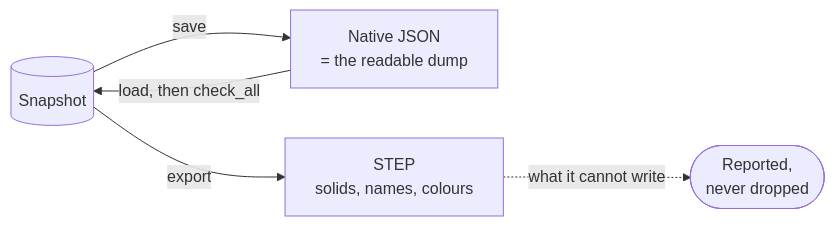
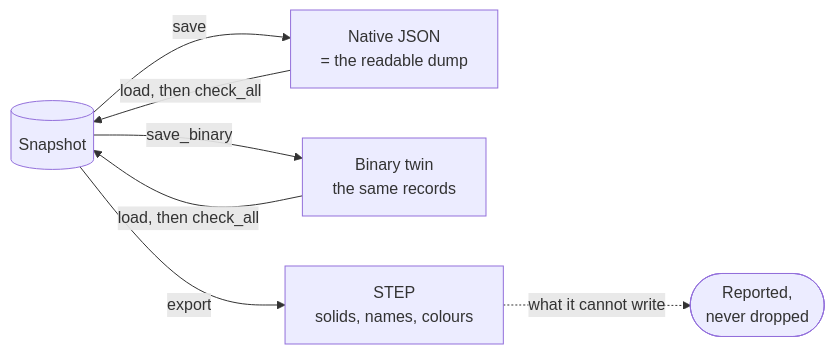
One commit to Dzoay/occam changed the diagram in docs/architecture/files.md. Above: the diagram before and after it, drawn with Mermaid. The commit also changed other lines of this file and 14 other files, not shown here.

````diff
--- a/docs/architecture/files.md
+++ b/docs/architecture/files.md
@@ -7,7 +8,9 @@
 ```mermaid
 flowchart LR
   snap[("Snapshot")] -->|"save"| json["Native JSON<br/>= the readable dump"]
   json -->|"load, then check_all"| snap
+  snap -->|"save_binary"| twin["Binary twin<br/>the same records"]
+  twin -->|"load, then check_all"| snap
   snap -->|"export"| step["STEP<br/>solids, names, colours"]
   step -.->|"what it cannot write"| rep(["Reported,<br/>never dropped"])
 ```
````
